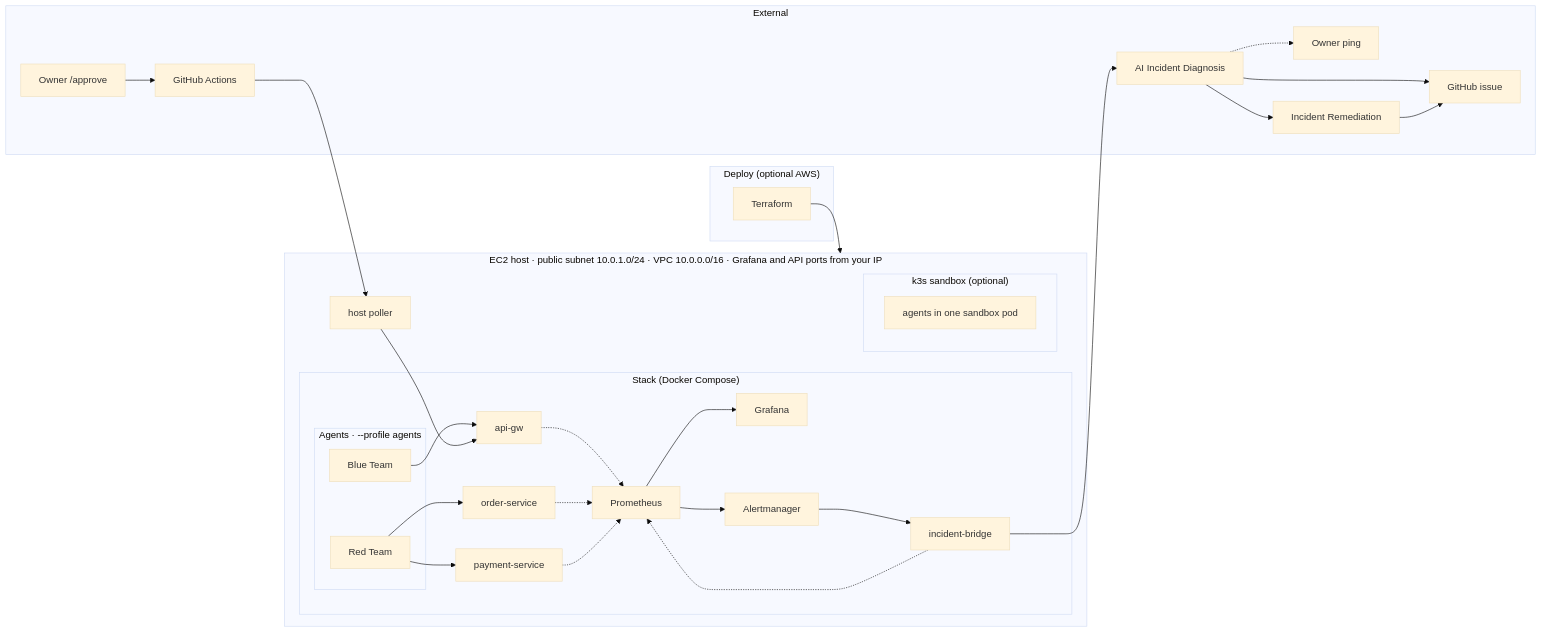
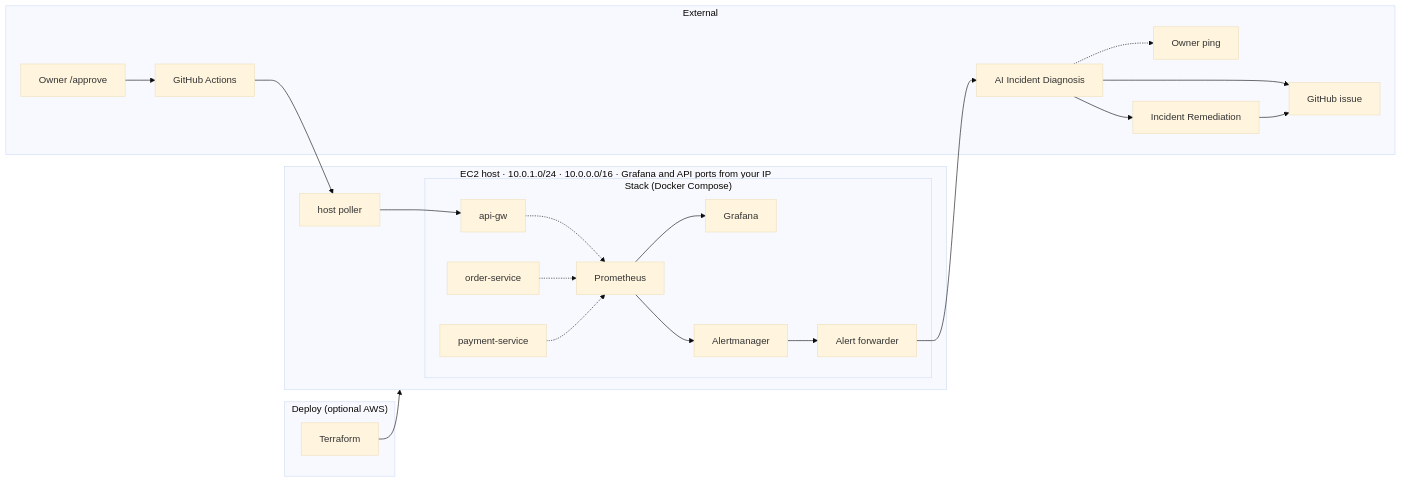
The diagram in docs/architecture.mmd (ritvikindupuri/ResilienceOps), drawn with Mermaid before and after one commit. The commit also changed 33 other files, not shown here.

First line of the commit message:
Rename leftover Colosseum paths and clean the README flow (#20)

```diff
--- a/docs/architecture.mmd
+++ b/docs/architecture.mmd
@@ -1,52 +1,41 @@
 %%{init: { "theme": "base", "flowchart": { "curve": "basis" } }}%%
 flowchart LR
   TF["Terraform"]
   subgraph aws ["Deploy (optional AWS)"]
     TF
   end
-  subgraph host ["EC2 host · public subnet 10.0.1.0/24 · VPC 10.0.0.0/16 · Grafana and API ports from your IP"]
+  subgraph host ["EC2 host · 10.0.1.0/24 · 10.0.0.0/16 · Grafana and API ports from your IP"]
     subgraph compose ["Stack (Docker Compose)"]
-      subgraph agents ["Agents · --profile agents"]
-        RED[Red Team]
-        BLUE[Blue Team]
-      end
       GW[api-gw]
       OS[order-service]
       PS[payment-service]
       PROM[Prometheus]
       GRAF[Grafana]
       AM[Alertmanager]
-      BR["incident-bridge"]
+      BR["Alert forwarder"]
       GW -.-> PROM
       OS -.-> PROM
       PS -.-> PROM
       PROM --> GRAF
       PROM --> AM
       AM --> BR
-      BR -.-> PROM
-    end
-    subgraph k3sopt ["k3s sandbox (optional)"]
-      K3S["agents in one sandbox pod"]
     end
     POLL["host poller"]
   end
   subgraph ext ["External"]
     BOT["AI Incident Diagnosis"]
     GH["GitHub issue"]
     PING["Owner ping"]
     REM["Incident Remediation"]
     OWN["Owner /approve"]
     ACT["GitHub Actions"]
     BOT --> GH
     BOT -.-> PING
     BOT --> REM
     REM --> GH
     OWN --> ACT
   end
   TF --> host
-  RED --> OS
-  RED --> PS
-  BLUE --> GW
   BR --> BOT
   ACT --> POLL
   POLL --> GW
```
